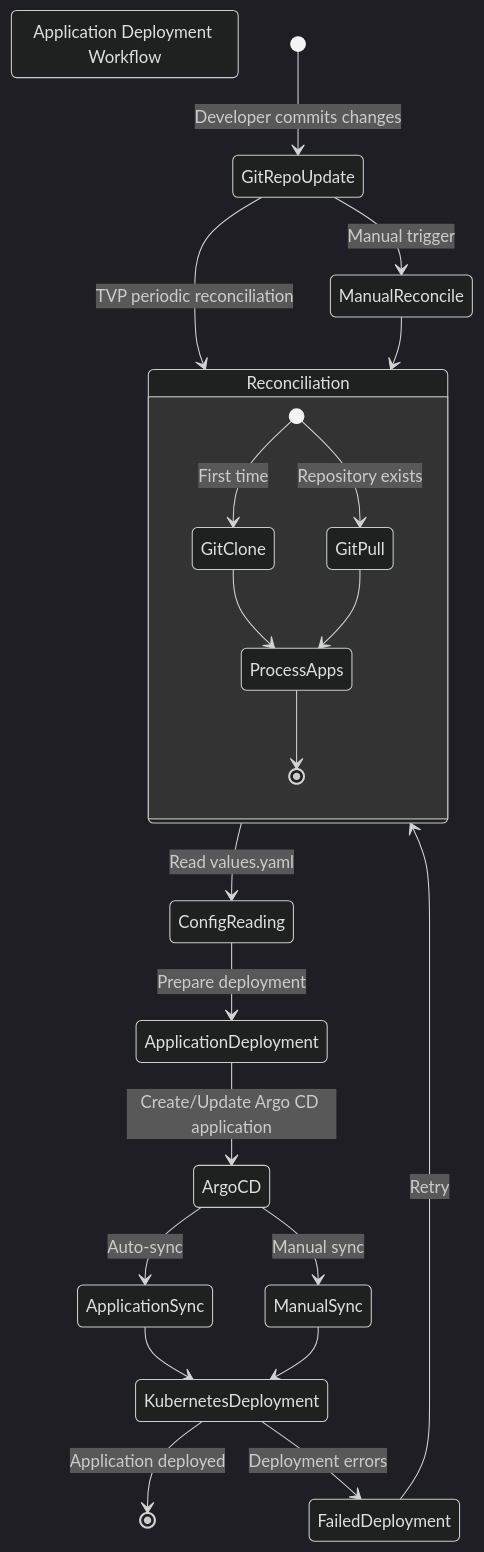
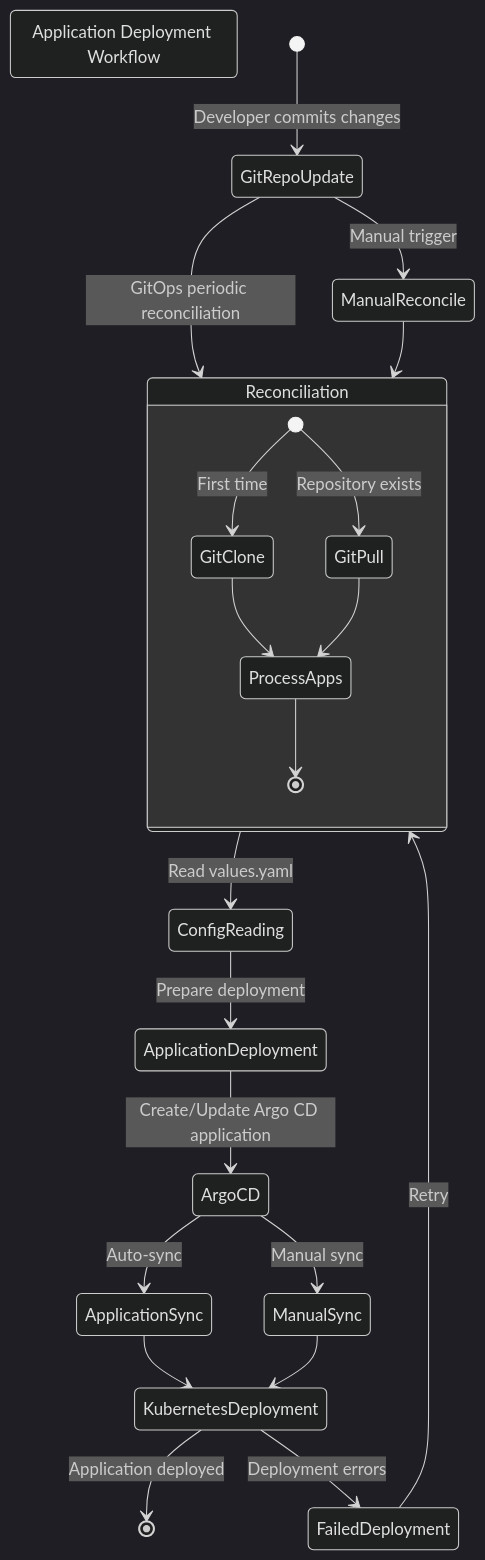
One commit to lloydchang/tvp-k8s changed the tenth of 11 diagrams in README.md. Above: the diagram before and after it, drawn with Mermaid (dark theme). The commit also changed other lines of this file and 15 other files, not shown here.

````diff
--- a/README.md
+++ b/README.md
@@ -875,32 +875,32 @@
 ```mermaid
 stateDiagram-v2
     title: Application Deployment Workflow
     [*] --> GitRepoUpdate: Developer commits changes
     
-    GitRepoUpdate --> Reconciliation: TVP periodic reconciliation
+    GitRepoUpdate --> Reconciliation: GitOps periodic reconciliation
     GitRepoUpdate --> ManualReconcile: Manual trigger
     
     ManualReconcile --> Reconciliation
     
     Reconciliation --> ConfigReading: Read values.yaml
     ConfigReading --> ApplicationDeployment: Prepare deployment
     ApplicationDeployment --> ArgoCD: Create/Update Argo CD application
     
     ArgoCD --> ApplicationSync: Auto-sync
     ArgoCD --> ManualSync: Manual sync
     
     ApplicationSync --> KubernetesDeployment
     ManualSync --> KubernetesDeployment
     
     KubernetesDeployment --> [*]: Application deployed
     KubernetesDeployment --> FailedDeployment: Deployment errors
     FailedDeployment --> Reconciliation: Retry
     
     state Reconciliation {
         [*] --> GitClone: First time
         [*] --> GitPull: Repository exists
         GitClone --> ProcessApps
         GitPull --> ProcessApps
         ProcessApps --> [*]
     }
 ```
````
